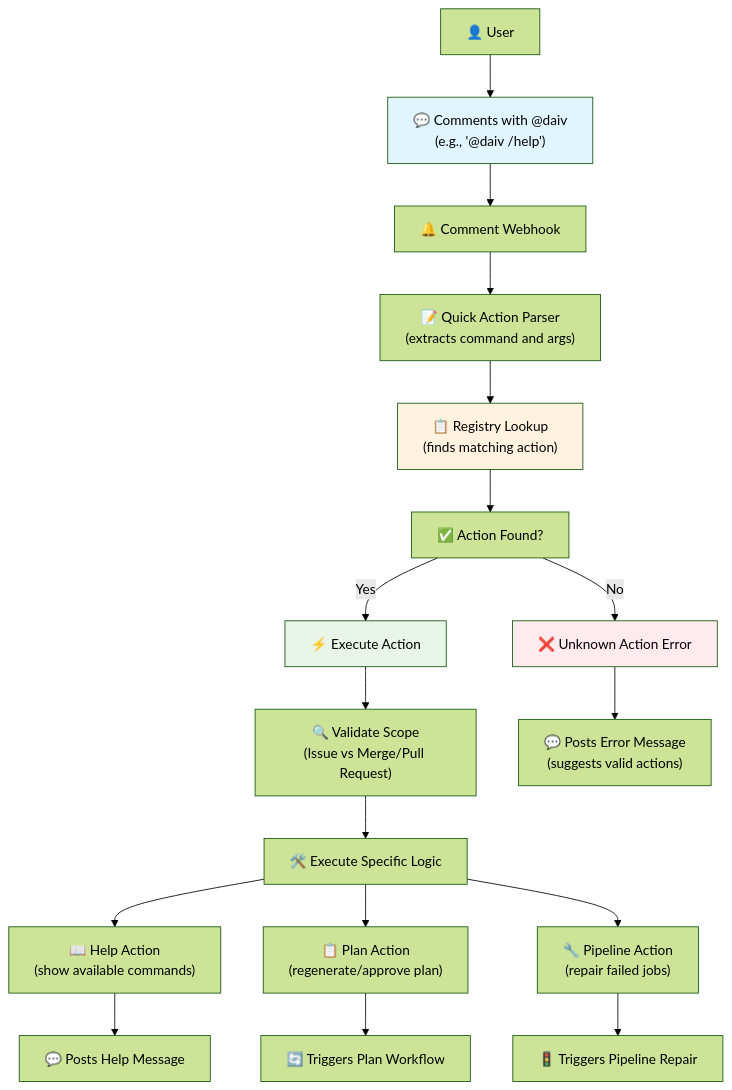
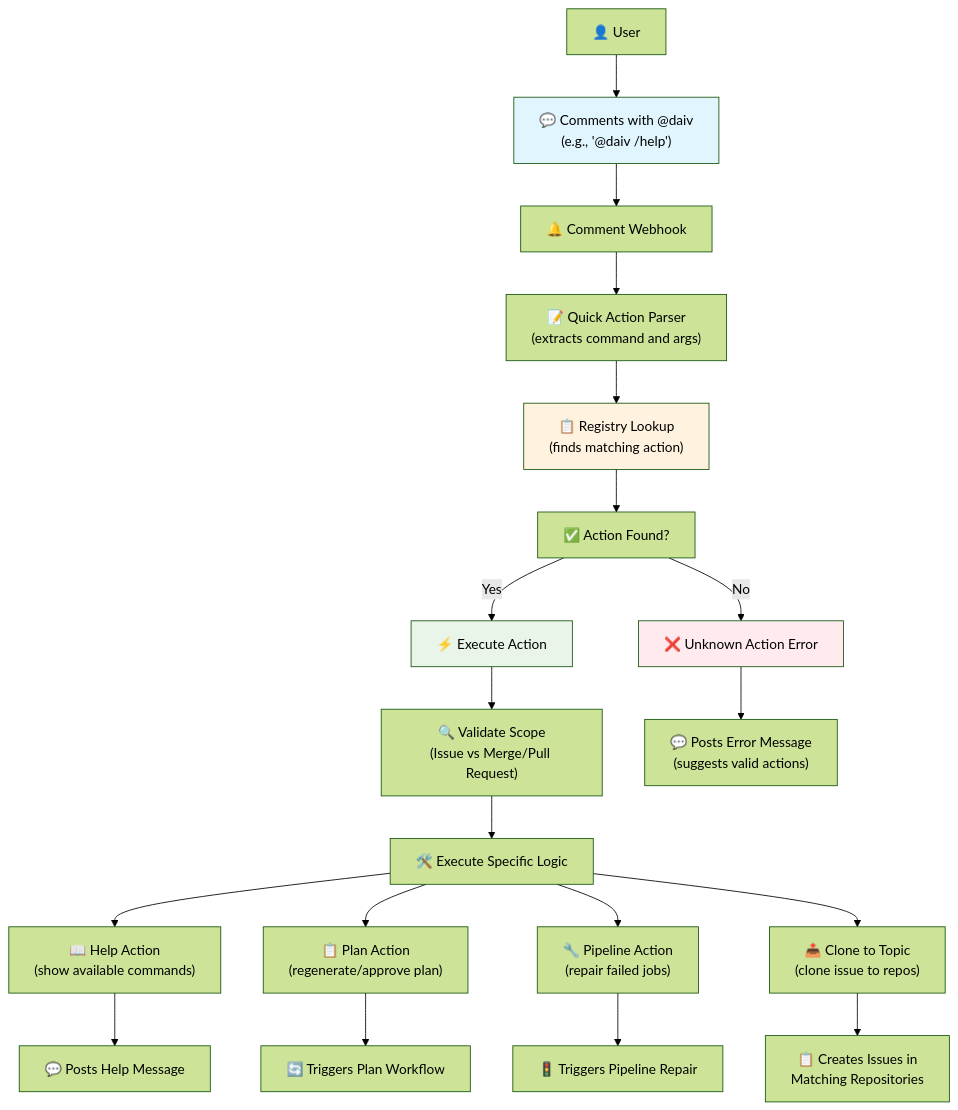
One commit to srtab/daiv changed the diagram in docs/features/quick-actions.md. Above: the diagram before and after it, drawn with Mermaid (forest theme). The commit also changed other lines of this file and 9 other files, not shown here.

Commit message:
Added quick action to allow copy an issue to multiple repository by topic.

````diff
--- a/docs/features/quick-actions.md
+++ b/docs/features/quick-actions.md
@@ -30,29 +30,31 @@
 ```mermaid
 graph TD
     A["👤 User"] --> B["💬 Comments with @daiv<br/>(e.g., '@daiv /help')"]
     B --> C["🔔 Comment Webhook"]
     C --> D["📝 Quick Action Parser<br/>(extracts command and args)"]
     D --> E["📋 Registry Lookup<br/>(finds matching action)"]
 
     E --> F["✅ Action Found?"]
     F -->|Yes| G["⚡ Execute Action"]
     F -->|No| H["❌ Unknown Action Error"]
 
     G --> I["🔍 Validate Scope<br/>(Issue vs Merge/Pull Request)"]
     I --> J["🛠️ Execute Specific Logic"]
 
     J --> K["📖 Help Action<br/>(show available commands)"]
     J --> L["📋 Plan Action<br/>(regenerate/approve plan)"]
     J --> M["🔧 Pipeline Action<br/>(repair failed jobs)"]
+    J --> R["📤 Clone to Topic<br/>(clone issue to repos)"]
 
     K --> N["💬 Posts Help Message"]
     L --> O["🔄 Triggers Plan Workflow"]
     M --> P["🚦 Triggers Pipeline Repair"]
+    R --> S["📋 Creates Issues in<br/>Matching Repositories"]
 
     H --> Q["💬 Posts Error Message<br/>(suggests valid actions)"]
 
     style B fill:#e1f5fe
     style E fill:#fff3e0
     style G fill:#e8f5e8
     style H fill:#ffebee
 ```
````
